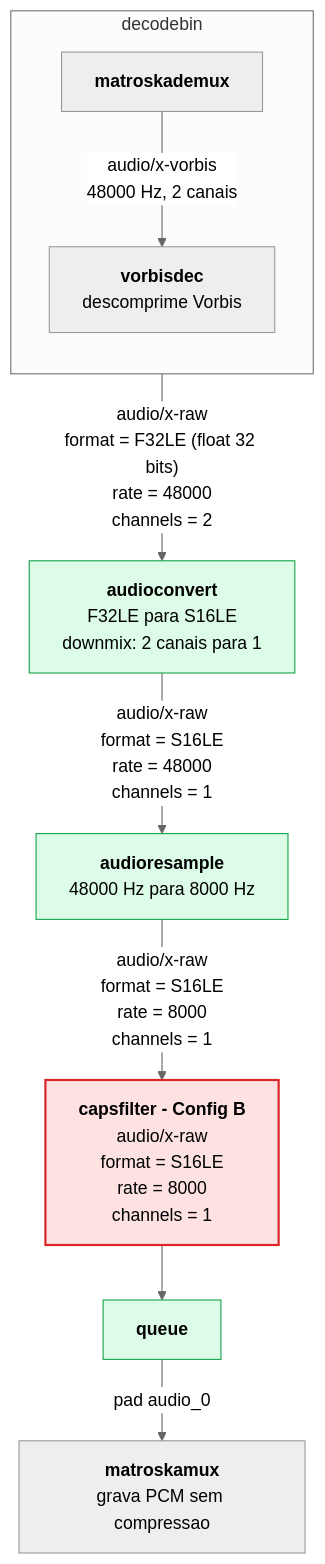
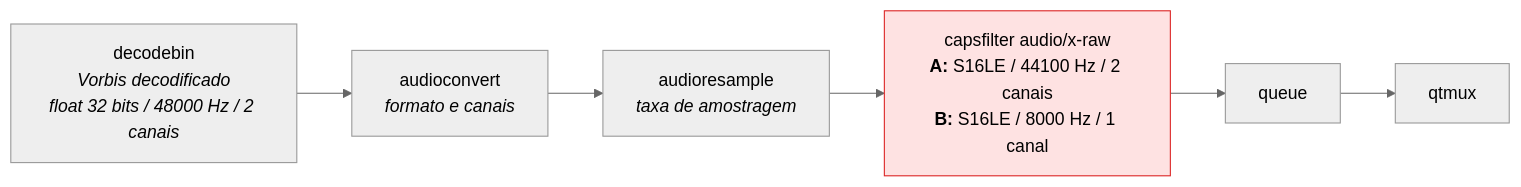
Before and after one commit to Raikyr4/Atividade-Pipeline-GStream: the third of 4 diagrams in exercicio-2/docs/diagramas.md, drawn with Mermaid (neutral theme). The commit also changed other lines of this file and 6 other files, not shown here.

First line of the commit message:
fix: saida em MOV para audio estereo no Windows e diagramas simplificados

````diff
--- a/exercicio-2/docs/diagramas.md
+++ b/exercicio-2/docs/diagramas.md
@@ -152,20 +40,10 @@
 ```mermaid
-flowchart TD
-    subgraph DEC["decodebin"]
-        direction TB
-        DMX["<b>matroskademux</b>"]
-        VD["<b>vorbisdec</b><br/>descomprime Vorbis"]
-        DMX -->|"audio/x-vorbis<br/>48000 Hz, 2 canais"| VD
-    end
+flowchart LR
+    IN["decodebin<br/><i>Vorbis decodificado</i><br/><i>float 32 bits / 48000 Hz / 2 canais</i>"] --> AC["audioconvert<br/><i>formato e canais</i>"]
+    AC --> AR["audioresample<br/><i>taxa de amostragem</i>"]
+    AR --> CAPS["capsfilter audio/x-raw<br/><b>A:</b> S16LE / 44100 Hz / 2 canais<br/><b>B:</b> S16LE / 8000 Hz / 1 canal"]
+    CAPS --> Q["queue"] --> MUX["qtmux"]
 
-    VD -->|"audio/x-raw<br/>format = F32LE (float 32 bits)<br/>rate = 48000<br/>channels = 2"| AC["<b>audioconvert</b><br/>F32LE para S16LE<br/>downmix: 2 canais para 1"]
-    AC -->|"audio/x-raw<br/>format = S16LE<br/>rate = 48000<br/>channels = 1"| AR["<b>audioresample</b><br/>48000 Hz para 8000 Hz"]
-    AR -->|"audio/x-raw<br/>format = S16LE<br/>rate = 8000<br/>channels = 1"| CF["<b>capsfilter - Config B</b><br/>audio/x-raw<br/>format = S16LE<br/>rate = 8000<br/>channels = 1"]
-    CF --> Q["<b>queue</b>"]
-    Q -->|"pad audio_0"| MUX["<b>matroskamux</b><br/>grava PCM sem compressao"]
-
-    classDef caps fill:#fee2e2,stroke:#dc2626,color:#000,stroke-width:2px
-    classDef audio fill:#dcfce7,stroke:#16a34a,color:#000
-    class CF caps
-    class AC,AR,Q audio
+    classDef caps fill:#fee2e2,stroke:#dc2626,color:#000
+    class CAPS caps
 ```
````
